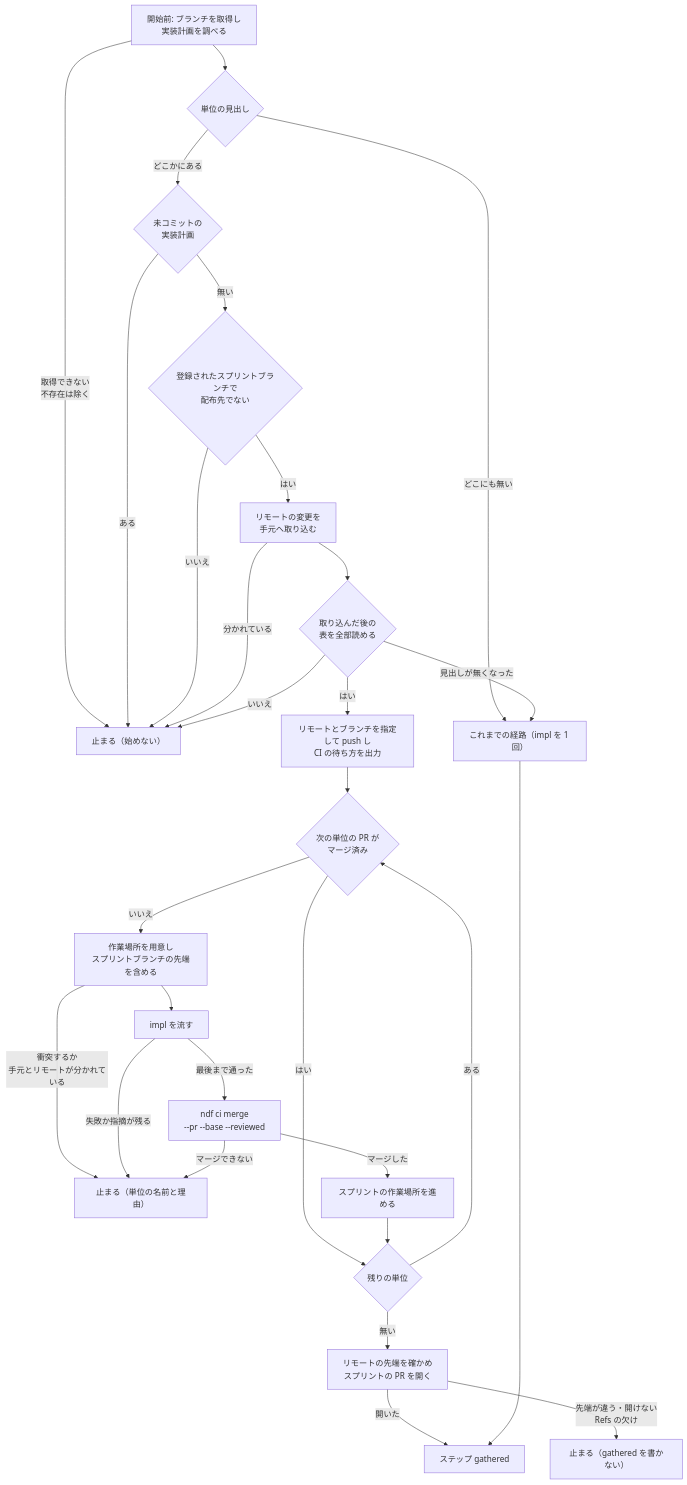
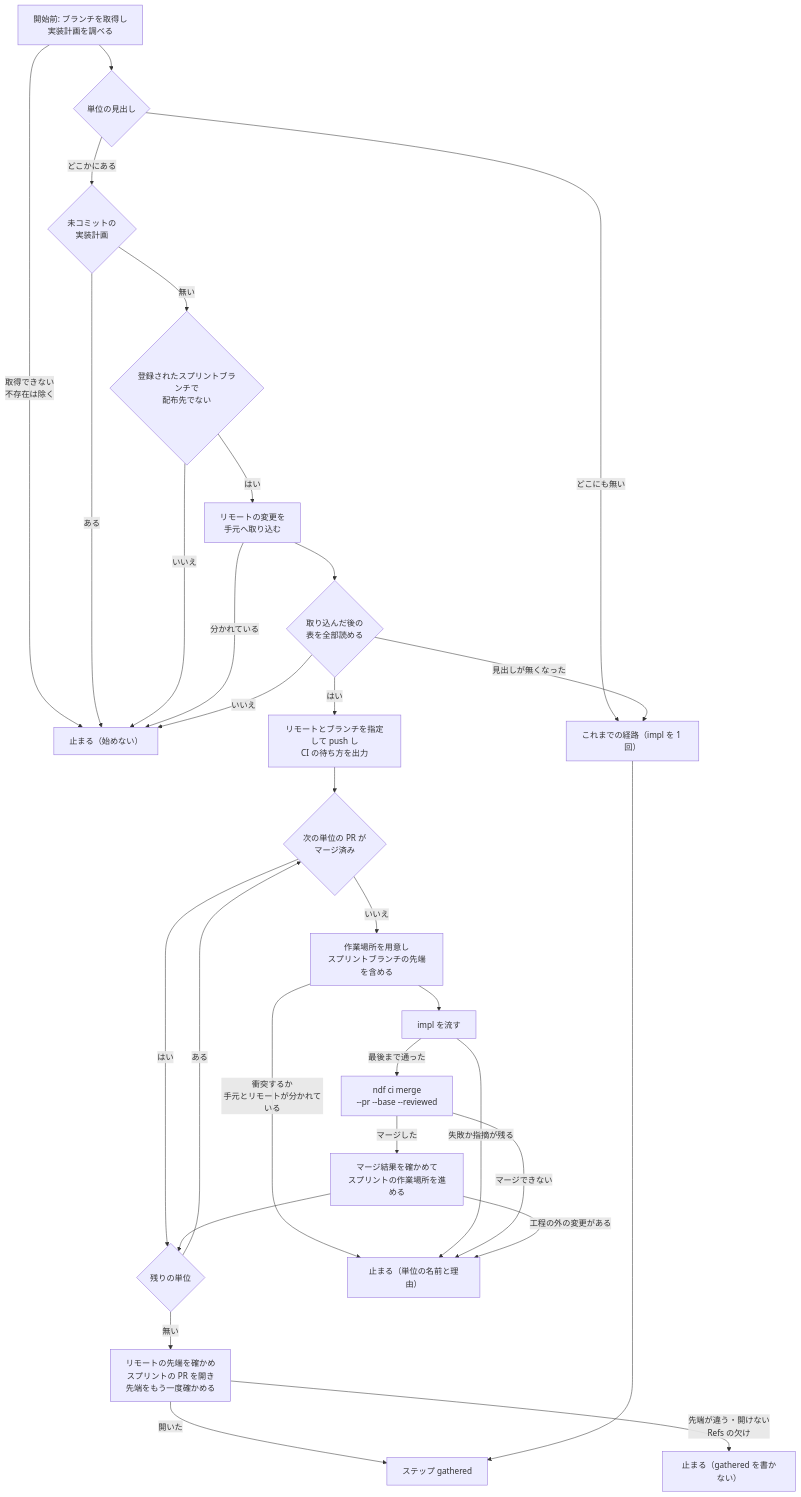
Before and after one commit to devbasex/ai-plugins: the fifth of 5 diagrams in issues/issue-4369-design.md, drawn with Mermaid. The commit also changed other lines of this file and 2 other files, not shown here.

First line of the commit message:
Docs: マージの後の確かめの打ち直し・スプリントの PR の後の確かめ・単位の外の変更の条件を直す （#4369）

````diff
--- a/issues/issue-4369-design.md
+++ b/issues/issue-4369-design.md
@@ -271,31 +271,32 @@
 ```mermaid
 flowchart TB
   A["開始前: ブランチを取得し<br/>実装計画を調べる"] --> B{"単位の見出し"}
   A -->|取得できない<br/>不存在は除く| E
   B -->|どこにも無い| C["これまでの経路（impl を 1 回）"]
   B -->|どこかにある| Q{"未コミットの<br/>実装計画"}
   Q -->|ある| E
   Q -->|無い| D{"登録されたスプリントブランチで<br/>配布先でない"}
   D -->|いいえ| E["止まる（始めない）"]
   D -->|はい| F["リモートの変更を<br/>手元へ取り込む"]
   F -->|分かれている| E
   F --> R{"取り込んだ後の<br/>表を全部読める"}
   R -->|見出しが無くなった| C
   R -->|いいえ| E
   R -->|はい| S["リモートとブランチを指定して push し<br/>CI の待ち方を出力"]
   S --> H{"次の単位の PR が<br/>マージ済み"}
   H -->|はい| N{"残りの単位"}
   H -->|いいえ| W["作業場所を用意し<br/>スプリントブランチの先端を含める"]
   W -->|衝突するか<br/>手元とリモートが分かれている| X
   W --> P["impl を流す"]
   P -->|失敗か指摘が残る| X["止まる（単位の名前と理由）"]
   P -->|最後まで通った| M["ndf ci merge<br/>--pr --base --reviewed"]
   M -->|マージできない| X
-  M -->|マージした| V["スプリントの作業場所を進める"]
+  M -->|マージした| V["マージ結果を確かめて<br/>スプリントの作業場所を進める"]
+  V -->|工程の外の変更がある| X
   V --> N
   N -->|ある| H
-  N -->|無い| Z["リモートの先端を確かめ<br/>スプリントの PR を開く"]
+  N -->|無い| Z["リモートの先端を確かめ<br/>スプリントの PR を開き<br/>先端をもう一度確かめる"]
   Z -->|先端が違う・開けない<br/>Refs の欠け| Y["止まる（gathered を書かない）"]
   Z -->|開いた| G["ステップ gathered"]
   C --> G
 ```
````
